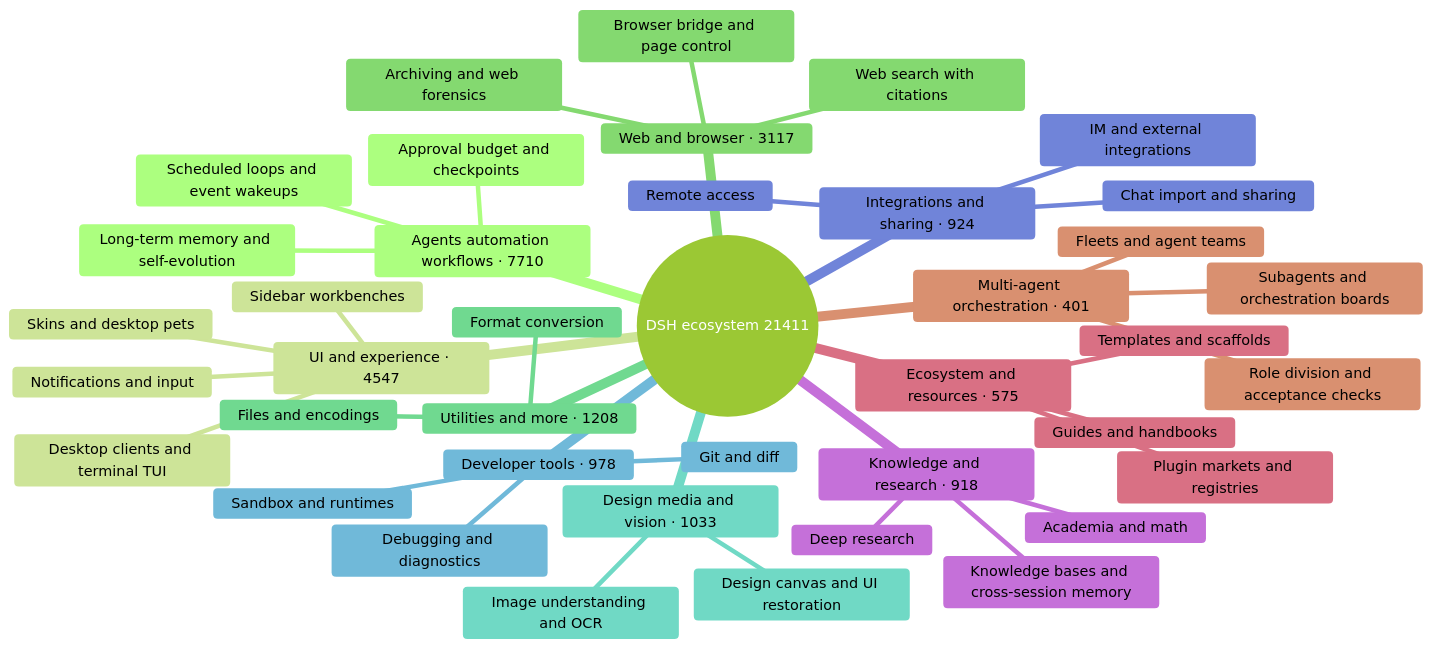
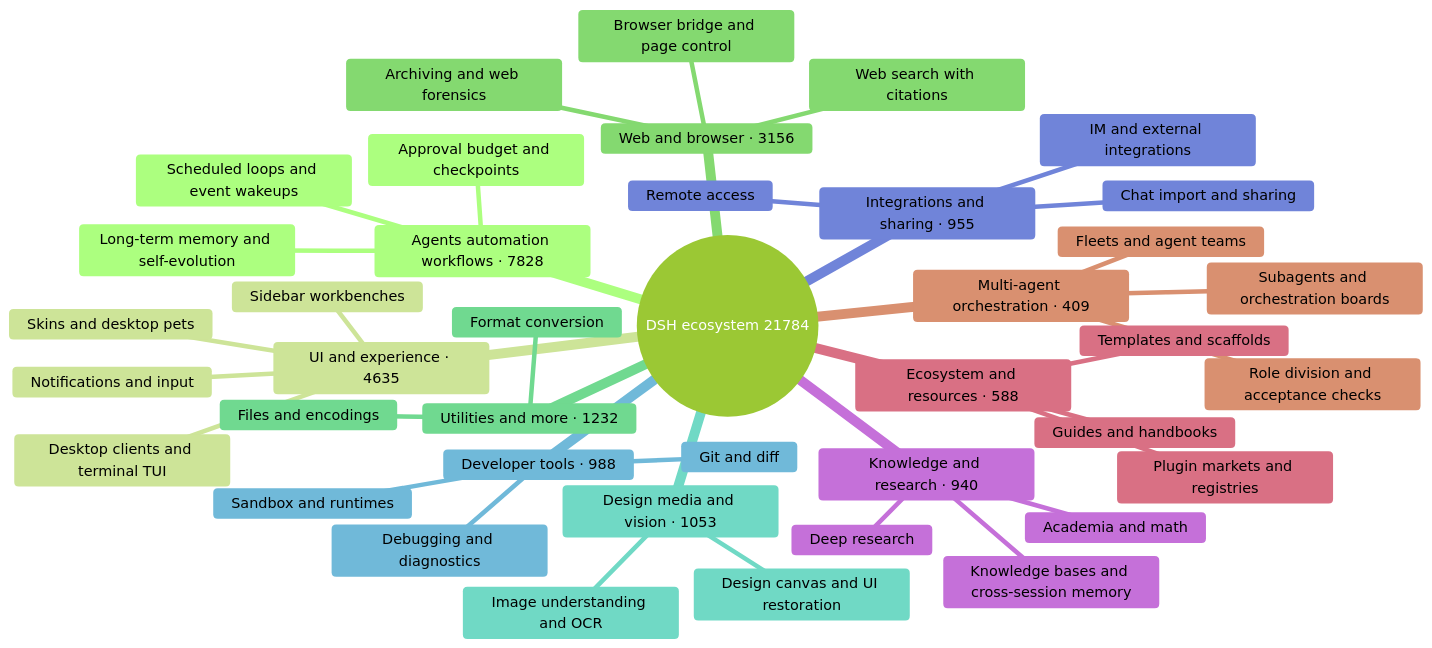
One commit to bruc3van/awesome-dsh-plugin changed the diagram in README_EN.md. Above: the diagram before and after it, drawn with Mermaid (forest theme). The commit also changed other lines of this file and 26 other files, not shown here.

````diff
--- a/README_EN.md
+++ b/README_EN.md
@@ -40,43 +40,43 @@
 ```mermaid
 mindmap
-  root((DSH ecosystem 21411))
-    Agents automation workflows · 7710
+  root((DSH ecosystem 21784))
+    Agents automation workflows · 7828
       Scheduled loops and event wakeups
       Long-term memory and self-evolution
       Approval budget and checkpoints
-    UI and experience · 4547
+    UI and experience · 4635
       Desktop clients and terminal TUI
       Sidebar workbenches
       Skins and desktop pets
       Notifications and input
-    Web and browser · 3117
+    Web and browser · 3156
       Browser bridge and page control
       Web search with citations
       Archiving and web forensics
-    Utilities and more · 1208
+    Utilities and more · 1232
       Files and encodings
       Format conversion
-    Design media and vision · 1033
+    Design media and vision · 1053
       Image understanding and OCR
       Design canvas and UI restoration
-    Developer tools · 978
+    Developer tools · 988
       Git and diff
       Sandbox and runtimes
       Debugging and diagnostics
-    Integrations and sharing · 924
+    Integrations and sharing · 955
       Chat import and sharing
       Remote access
       IM and external integrations
-    Knowledge and research · 918
+    Knowledge and research · 940
       Knowledge bases and cross-session memory
       Deep research
       Academia and math
-    Ecosystem and resources · 575
+    Ecosystem and resources · 588
       Plugin markets and registries
       Templates and scaffolds
       Guides and handbooks
-    Multi-agent orchestration · 401
+    Multi-agent orchestration · 409
       Subagents and orchestration boards
       Fleets and agent teams
       Role division and acceptance checks
 ```
````
